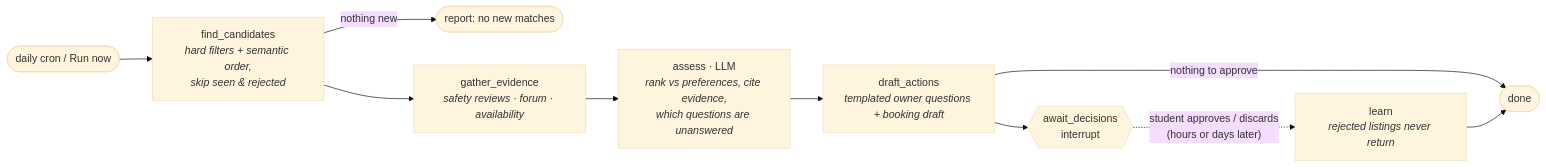
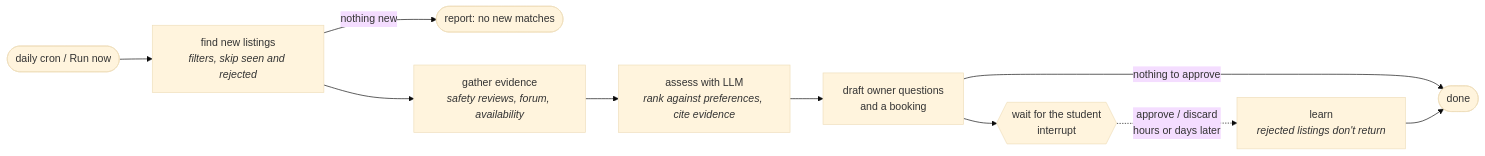
Before and after one commit to MadLad10/bari: the second of 2 diagrams in README.md, drawn with Mermaid (base theme). The commit also changed other lines of this file, not shown here.

````diff
--- a/README.md
+++ b/README.md
@@ -93,12 +167,12 @@
 ```mermaid
 flowchart LR
-  S([daily cron / Run now]) --> F[find_candidates<br/><i>hard filters + semantic order,<br/>skip seen & rejected</i>]
+  S([daily cron / Run now]) --> F[find new listings<br/><i>filters, skip seen and rejected</i>]
   F -- nothing new --> E([report: no new matches])
-  F --> G[gather_evidence<br/><i>safety reviews · forum · availability</i>]
-  G --> A[assess · LLM<br/><i>rank vs preferences, cite evidence,<br/>which questions are unanswered</i>]
-  A --> D[draft_actions<br/><i>templated owner questions + booking draft</i>]
+  F --> G[gather evidence<br/><i>safety reviews, forum, availability</i>]
+  G --> A[assess with LLM<br/><i>rank against preferences, cite evidence</i>]
+  A --> D[draft owner questions<br/>and a booking]
   D -- nothing to approve --> X([done])
-  D --> I{{await_decisions<br/>interrupt}}
-  I -. student approves / discards<br/>(hours or days later) .-> L[learn<br/><i>rejected listings never return</i>]
+  D --> I{{wait for the student<br/>interrupt}}
+  I -. approve / discard<br/>hours or days later .-> L[learn<br/><i>rejected listings don't return</i>]
   L --> X
 ```
````
